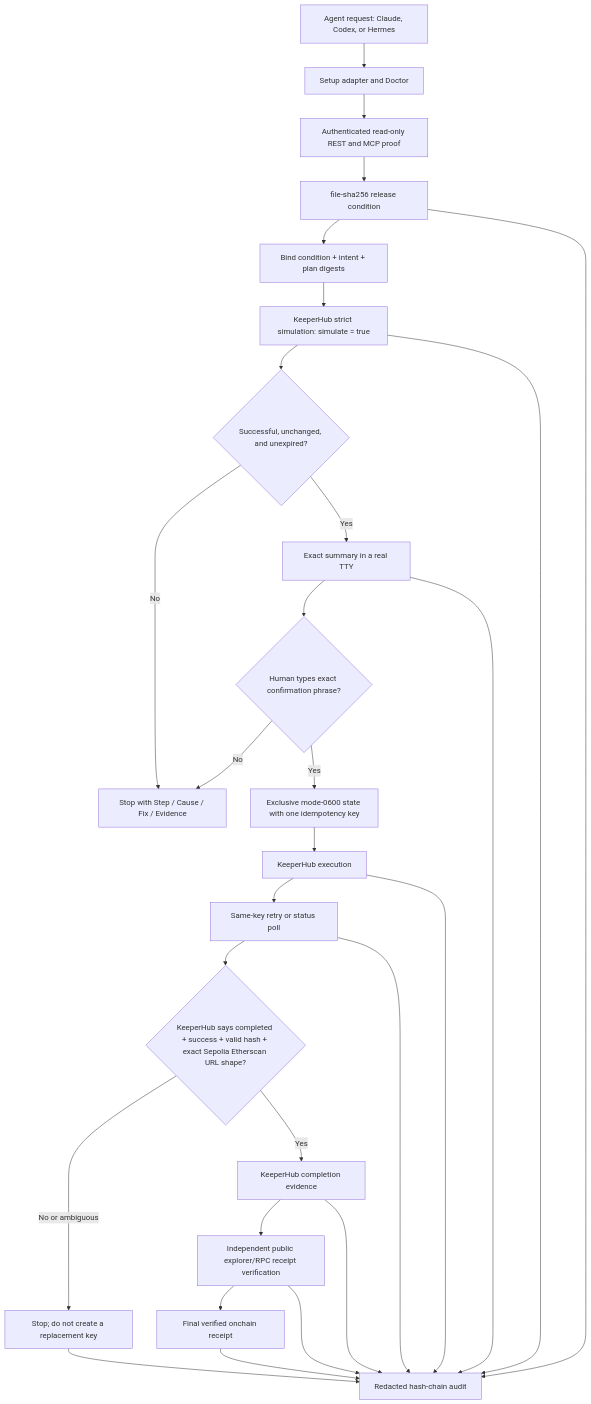
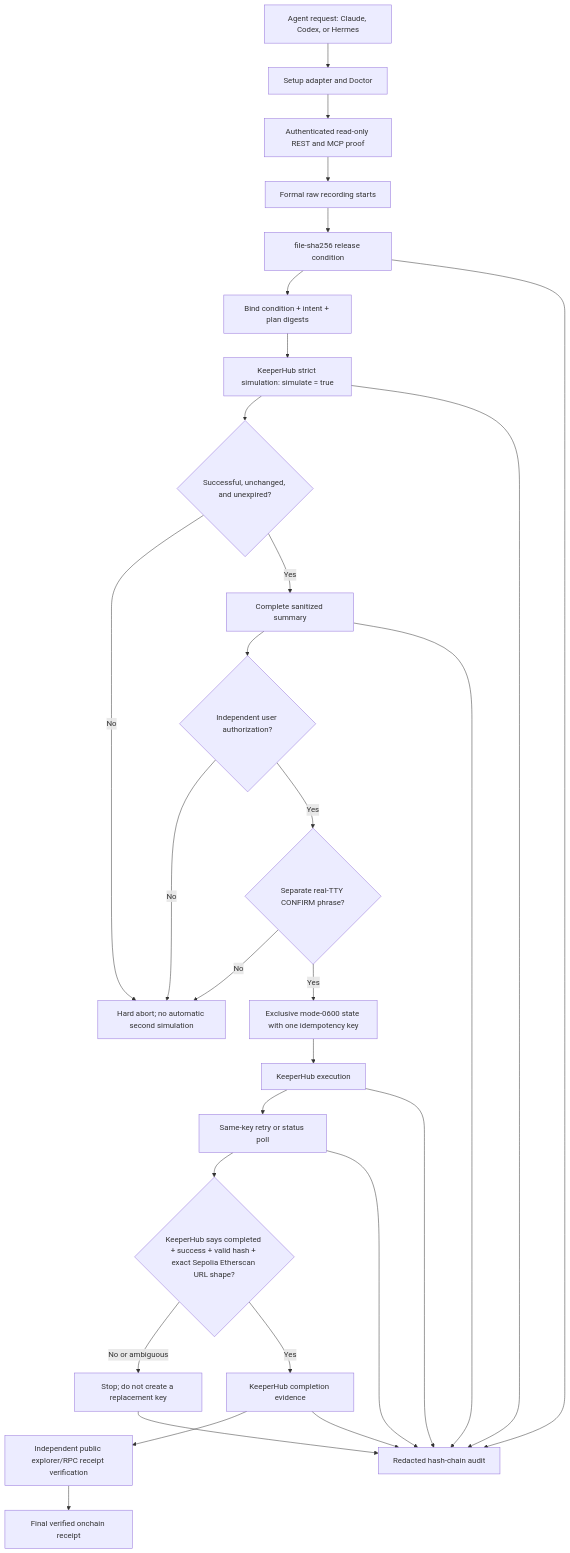
Before and after one commit to Lukeknow0/keeperhub-agent-starter-doctor: the diagram in docs/submission/architecture.md, drawn with Mermaid. The commit also changed other lines of this file and 12 other files, not shown here.

````diff
--- a/docs/submission/architecture.md
+++ b/docs/submission/architecture.md
@@ -23,30 +23,31 @@
 ```mermaid
 flowchart TD
   A["Agent request: Claude, Codex, or Hermes"] --> B["Setup adapter and Doctor"]
   B --> C["Authenticated read-only REST and MCP proof"]
-  C --> D["file-sha256 release condition"]
+  C --> V["Formal raw recording starts"]
+  V --> D["file-sha256 release condition"]
   D --> E["Bind condition + intent + plan digests"]
   E --> F["KeeperHub strict simulation: simulate = true"]
   F --> G{"Successful, unchanged, and unexpired?"}
-  G -- "No" --> X["Stop with Step / Cause / Fix / Evidence"]
-  G -- "Yes" --> H["Exact summary in a real TTY"]
-  H --> I{"Human types exact confirmation phrase?"}
+  G -- "No" --> X["Hard abort; no automatic second simulation"]
+  G -- "Yes" --> H["Complete sanitized summary"]
+  H --> AU{"Independent user authorization?"}
+  AU -- "No" --> X
+  AU -- "Yes" --> I{"Separate real-TTY CONFIRM phrase?"}
   I -- "No" --> X
   I -- "Yes" --> J["Exclusive mode-0600 state with one idempotency key"]
   J --> K["KeeperHub execution"]
   K --> L["Same-key retry or status poll"]
   L --> M{"KeeperHub says completed + success + valid hash + exact Sepolia Etherscan URL shape?"}
   M -- "No or ambiguous" --> N["Stop; do not create a replacement key"]
   M -- "Yes" --> O["KeeperHub completion evidence"]
   O --> Q["Independent public explorer/RPC receipt verification"]
   Q --> R["Final verified onchain receipt"]
   D --> P["Redacted hash-chain audit"]
   F --> P
   H --> P
   K --> P
   L --> P
   O --> P
-  Q --> P
-  R --> P
   N --> P
 ```
````
